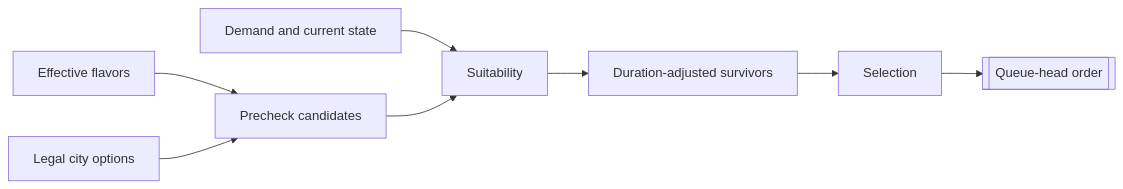
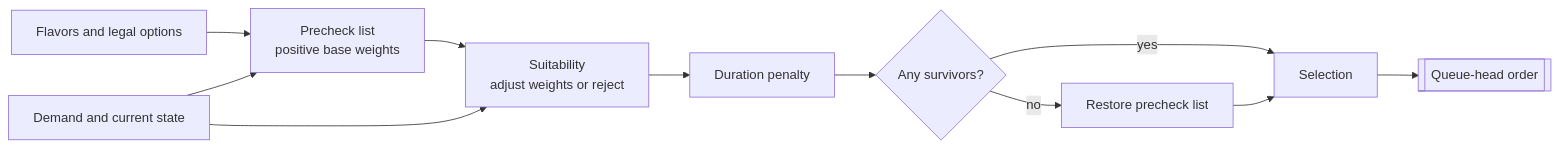
The diagram in docs/developers/civ5-dll/unit-ai/production/overview.md (vox-deorum/vox-deorum), drawn with Mermaid before and after one commit. The commit also changed other lines of this file and 13 other files, not shown here.

````diff
--- a/docs/developers/civ5-dll/unit-ai/production/overview.md
+++ b/docs/developers/civ5-dll/unit-ai/production/overview.md
@@ -11,10 +11,13 @@
 ```mermaid
 flowchart LR
-    F[Effective flavors] --> B[Precheck candidates]
-    L[Legal city options] --> B
-    D[Demand and current state] --> S[Suitability]
+    F[Flavors and legal options] --> B[Precheck list<br/>positive base weights]
     B --> S
-    S --> T[Duration-adjusted survivors]
-    T --> C[Selection]
+    D[Demand and current state] --> S[Suitability<br/>adjust weights or reject]
+    D --> B
+    S --> T[Duration penalty]
+    T --> E{Any survivors?}
+    E -->|yes| C[Selection]
+    E -->|no| R[Restore precheck list]
+    R --> C
     C --> O[[Queue-head order]]
 ```
````
